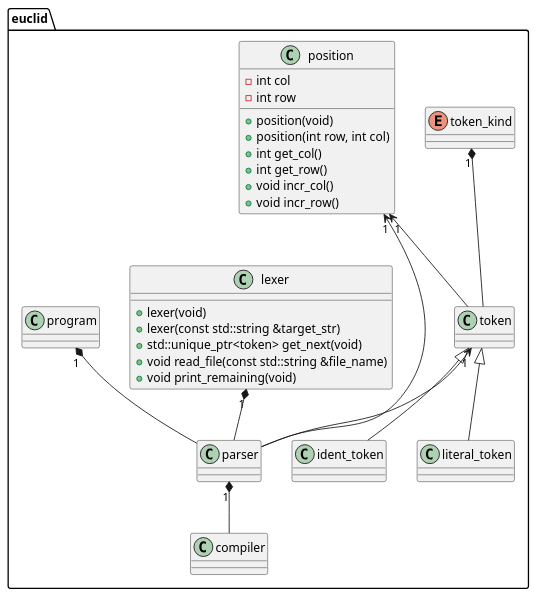
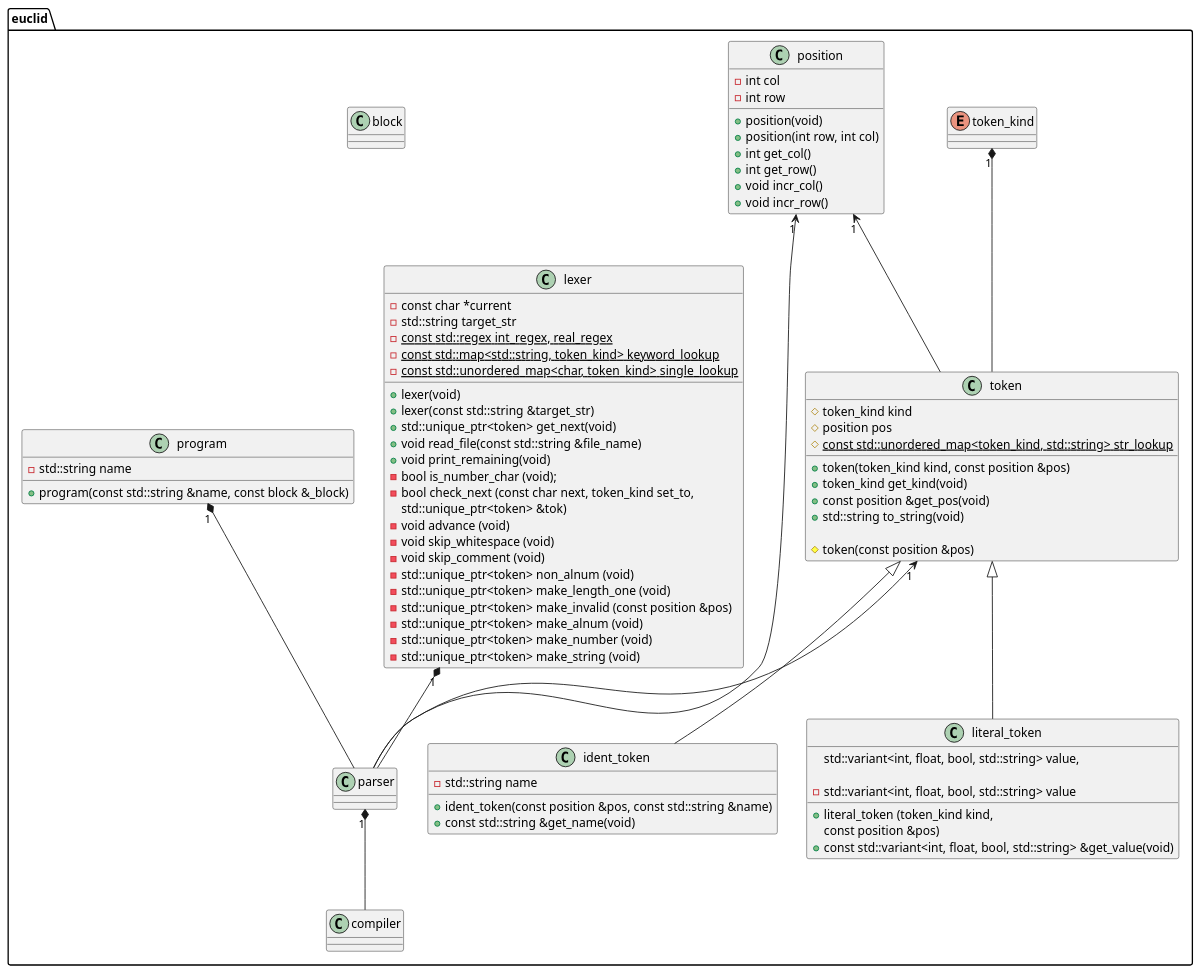
The diagram in uml/euclid.plantuml (a-tenne/euclid), drawn with PlantUML before and after one commit. The commit also changed 9 other files, not shown here.

Commit message:
parser init, architecture changes

```diff
--- a/uml/euclid.plantuml
+++ b/uml/euclid.plantuml
@@ -1,63 +1,103 @@
 @startuml euclid
 namespace euclid {
 
 enum token_kind {
 }
 
 class compiler {
 
 }
 
 class token {
-
+    + token(token_kind kind, const position &pos)
+    + token_kind get_kind(void)
+    + const position &get_pos(void)
+    + std::string to_string(void)
+    
+    # token(const position &pos)
+    # token_kind kind
+    # position pos
+    # {static} const std::unordered_map<token_kind, std::string> str_lookup
 }
 
 class literal_token {
+    + literal_token (token_kind kind,
+                 std::variant<int, float, bool, std::string> value,
+                 const position &pos)
+    + const std::variant<int, float, bool, std::string> &get_value(void)
 
+    - std::variant<int, float, bool, std::string> value
 }
 
 class ident_token {
-
+    + ident_token(const position &pos, const std::string &name)
+    + const std::string &get_name(void)
+    
+    - std::string name
 }
 
 class position {
 + position(void)
 + position(int row, int col)
 + int get_col()
 + int get_row()
 + void incr_col()
 + void incr_row()
 - int col
 - int row
 
 }
 
 class lexer {
 + lexer(void)
 + lexer(const std::string &target_str)
 + std::unique_ptr<token> get_next(void)
 + void read_file(const std::string &file_name)
 + void print_remaining(void)
+
+- const char *current
+- std::string target_str
+- {static} const std::regex int_regex, real_regex
+- {static} const std::map<std::string, token_kind> keyword_lookup
+- {static} const std::unordered_map<char, token_kind> single_lookup
+
+- bool is_number_char (void);
+- bool check_next (const char next, token_kind set_to,
+                          std::unique_ptr<token> &tok)
+- void advance (void)
+- void skip_whitespace (void)
+- void skip_comment (void)
+- std::unique_ptr<token> non_alnum (void)
+- std::unique_ptr<token> make_length_one (void)
+- std::unique_ptr<token> make_invalid (const position &pos)
+- std::unique_ptr<token> make_alnum (void)
+- std::unique_ptr<token> make_number (void)
+- std::unique_ptr<token> make_string (void)
 }
 
 class program {
++ program(const std::string &name, const block &_block)
+
+- std::string name
+}
+
+class block {
 
 }
 
 class parser {
 
 }
 
 token_kind "1"*-- token
 position "1"<-- token
 position "1"<-- parser
 lexer "1"*-- parser
 token "1"<-- parser
 token <|-- literal_token
 token <|-- ident_token
 program "1"*-- parser
 parser "1"*-- compiler
 
-
 }
 @enduml
```
